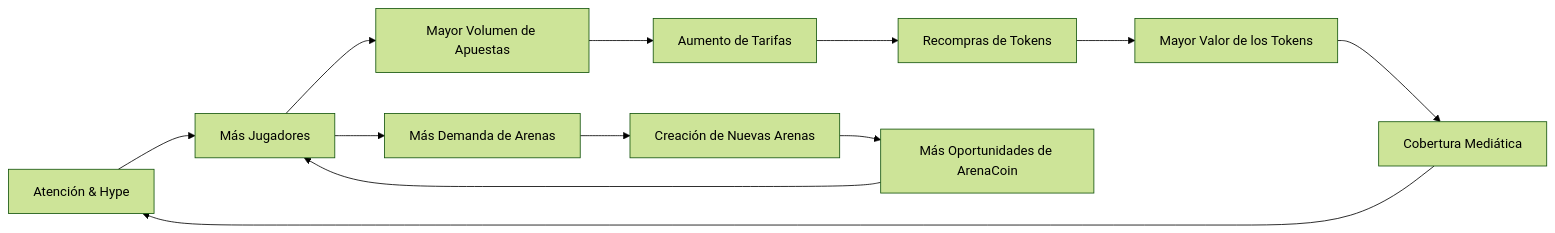
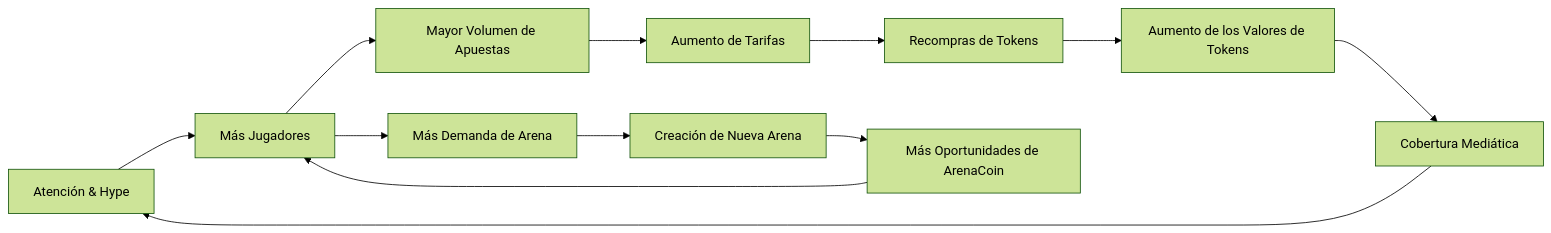
Before and after one commit to b3-fun/b3: the second of 2 diagrams in docs/es/hypeduel/platform-overview.mdx, drawn with Mermaid (forest theme). The commit also changed other lines of this file and 72 other files, not shown here.

````diff
--- a/docs/es/hypeduel/platform-overview.mdx
+++ b/docs/es/hypeduel/platform-overview.mdx
@@ -213,15 +142,15 @@
 ```mermaid
 graph LR
     A[Atención & Hype] --> B[Más Jugadores]
     B --> C[Mayor Volumen de Apuestas]
     C --> D[Aumento de Tarifas]
     D --> E[Recompras de Tokens]
-    E --> F[Mayor Valor de los Tokens]
+    E --> F[Aumento de los Valores de Tokens]
     F --> G[Cobertura Mediática]
     G --> A
 
-    B --> H[Más Demanda de Arenas]
-    H --> I[Creación de Nuevas Arenas]
+    B --> H[Más Demanda de Arena]
+    H --> I[Creación de Nueva Arena]
     I --> J[Más Oportunidades de ArenaCoin]
     J --> B
 ```
````
